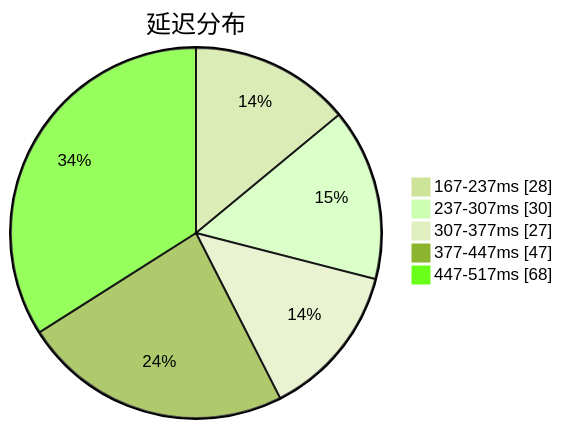
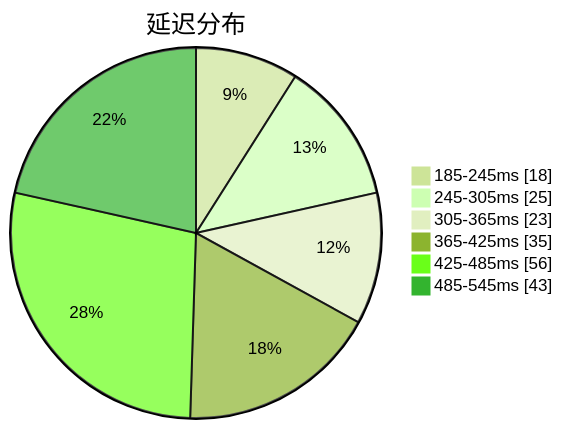
One commit to qjlxg/airport changed the first of 3 diagrams in subs/statistics/tested_within.md. Above: the diagram before and after it, drawn with Mermaid (forest theme). The commit also changed other lines of this file and 2 other files, not shown here.

````diff
--- a/subs/statistics/tested_within.md
+++ b/subs/statistics/tested_within.md
@@ -2,9 +2,10 @@
 ```mermaid
 pie showData
 title 延迟分布
-"167-237ms" : 28
-"237-307ms" : 30
-"307-377ms" : 27
-"377-447ms" : 47
-"447-517ms" : 68
+"185-245ms" : 18
+"245-305ms" : 25
+"305-365ms" : 23
+"365-425ms" : 35
+"425-485ms" : 56
+"485-545ms" : 43
 ```
````
